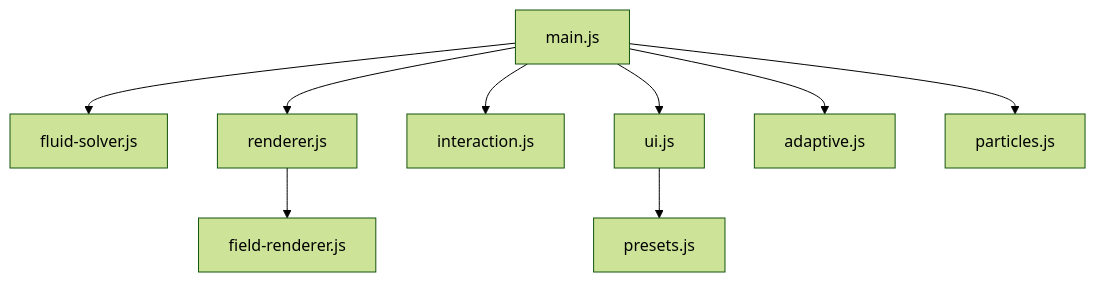
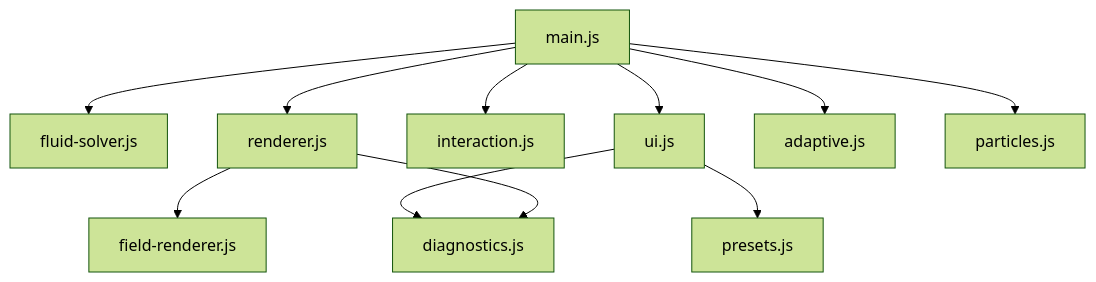
Before and after one commit to palsagar/webgpu-fluid-solver: the first of 3 diagrams in docs/architecture.md, drawn with Mermaid (forest theme). The commit also changed other lines of this file and 32 other files, not shown here.

````diff
--- a/docs/architecture.md
+++ b/docs/architecture.md
@@ -19,11 +19,13 @@
 ```mermaid
 graph TD
     main["main.js"] --> FluidSolver["fluid-solver.js"]
     main --> Renderer["renderer.js"]
     main --> Interaction["interaction.js"]
     main --> UI["ui.js"]
     main --> Adaptive["adaptive.js"]
     main --> Particles["particles.js"]
     UI --> Presets["presets.js"]
+    UI --> Diagnostics["diagnostics.js"]
     Renderer --> FieldRenderer["field-renderer.js"]
+    Renderer --> Diagnostics
 ```
````
